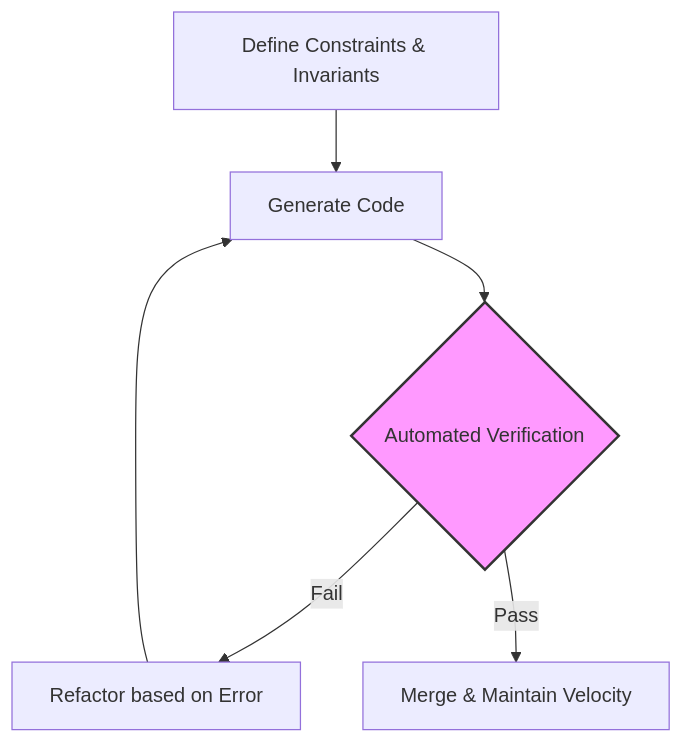
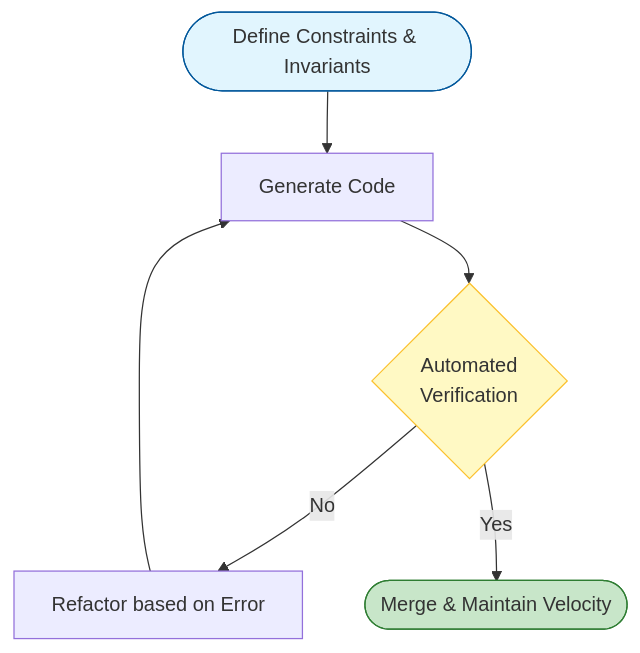
One commit to Frostbite1536/Safe-Vibe-Coding changed the diagram in index.md. Above: the diagram before and after it, drawn with Mermaid.

````diff
--- a/index.md
+++ b/index.md
@@ -89,9 +89,12 @@
 ```mermaid
 graph TD
-    A[Define Constraints & Invariants] --> B[Generate Code]
-    B --> C{Automated Verification}
-    C -->|Fail| D[Refactor based on Error]
+    A([Define Constraints & Invariants]) --> B[Generate Code]
+    B --> C{Automated <br/>Verification}
+    C -- No --> D[Refactor based on Error]
     D --> B
-    C -->|Pass| E[Merge & Maintain Velocity]
-    style C fill:#f9f,stroke:#333,stroke-width:2px
+    C -- Yes --> E([Merge & Maintain Velocity])
+
+    style A fill:#e1f5fe,stroke:#01579b
+    style C fill:#fff9c4,stroke:#fbc02d
+    style E fill:#c8e6c9,stroke:#2e7d32
 ```
````
